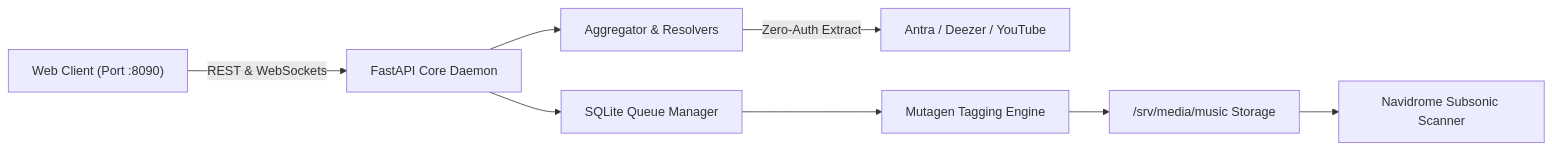
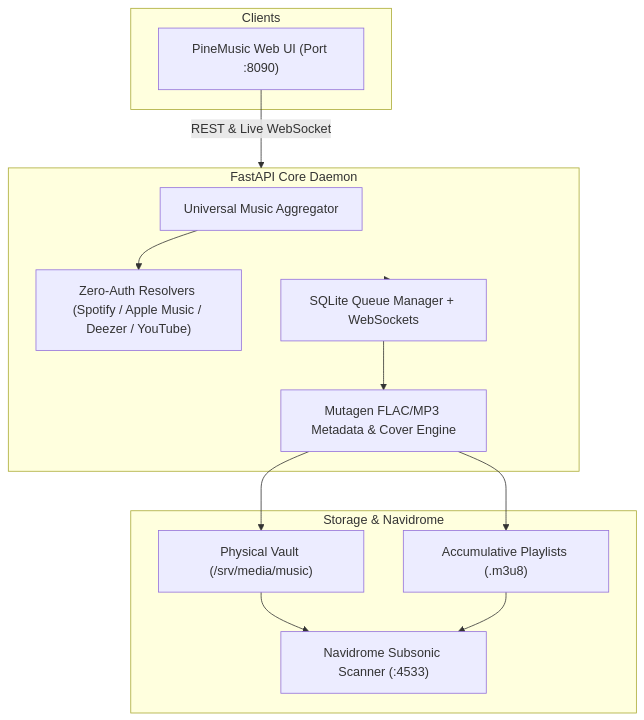
Before and after one commit to imyash0722/pinemusic: the diagram in README.md, drawn with Mermaid. The commit also changed other lines of this file and 11 other files, not shown here.

````diff
--- a/README.md
+++ b/README.md
@@ -63,10 +34,28 @@
 ```mermaid
-flowchart LR
-    A["Web Client (Port :8090)"] -->|"REST & WebSockets"| B["FastAPI Core Daemon"]
-    B --> C["Aggregator & Resolvers"]
-    C -->|"Zero-Auth Extract"| D["Antra / Deezer / YouTube"]
-    B --> E["SQLite Queue Manager"]
-    E --> F["Mutagen Tagging Engine"]
-    F --> G["/srv/media/music Storage"]
-    G --> H["Navidrome Subsonic Scanner"]
+flowchart TD
+    subgraph Clients["Clients"]
+        UI["PineMusic Web UI (Port :8090)"]
+    end
+
+    subgraph Backend["FastAPI Core Daemon"]
+        Aggregator["Universal Music Aggregator"]
+        Resolvers["Zero-Auth Resolvers (Spotify / Apple Music / Deezer / YouTube)"]
+        Queue["SQLite Queue Manager + WebSockets"]
+        Tagger["Mutagen FLAC/MP3 Metadata & Cover Engine"]
+    end
+
+    subgraph Storage["Storage & Navidrome"]
+        Vault["Physical Vault (/srv/media/music)"]
+        Playlists["Accumulative Playlists (.m3u8)"]
+        Navidrome["Navidrome Subsonic Scanner (:4533)"]
+    end
+
+    UI -->|"REST & Live WebSocket"| Backend
+    Aggregator --> Resolvers
+    Backend --> Queue
+    Queue --> Tagger
+    Tagger --> Vault
+    Tagger --> Playlists
+    Vault --> Navidrome
+    Playlists --> Navidrome
 ```
````
